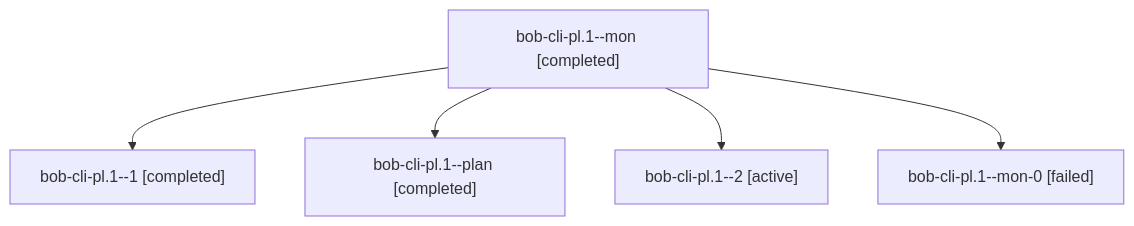
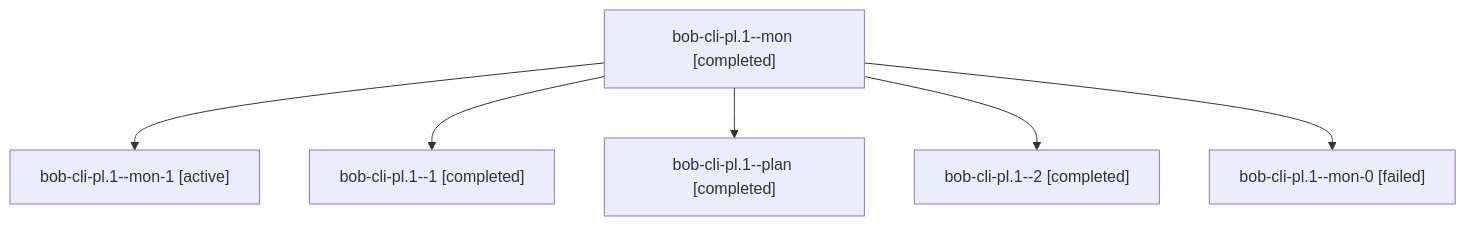
Before and after one commit to bobs-org/bob-cli--agents: the diagram in sessions/bbugyi200.apollo.bob-cli-pl.1.md, drawn with Mermaid. The commit also changed other lines of this file and 55 other files, not shown here.

````diff
--- a/sessions/bbugyi200.apollo.bob-cli-pl.1.md
+++ b/sessions/bbugyi200.apollo.bob-cli-pl.1.md
@@ -9,12 +9,14 @@
 ```mermaid
 flowchart TD
   n0["bob-cli-pl.1--mon [completed]"]
-  n1["bob-cli-pl.1--1 [completed]"]
+  n1["bob-cli-pl.1--mon-1 [active]"]
   n0 --> n1
-  n2["bob-cli-pl.1--plan [completed]"]
+  n2["bob-cli-pl.1--1 [completed]"]
   n0 --> n2
-  n3["bob-cli-pl.1--2 [active]"]
+  n3["bob-cli-pl.1--plan [completed]"]
   n0 --> n3
-  n4["bob-cli-pl.1--mon-0 [failed]"]
+  n4["bob-cli-pl.1--2 [completed]"]
   n0 --> n4
+  n5["bob-cli-pl.1--mon-0 [failed]"]
+  n0 --> n5
 ```
````
